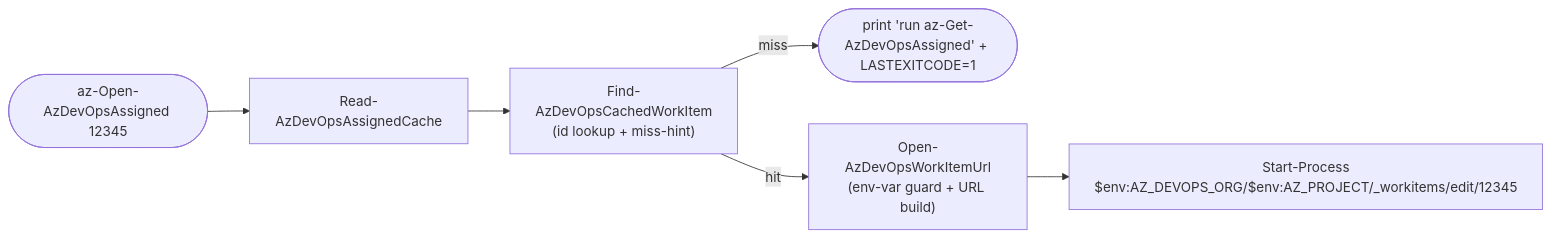
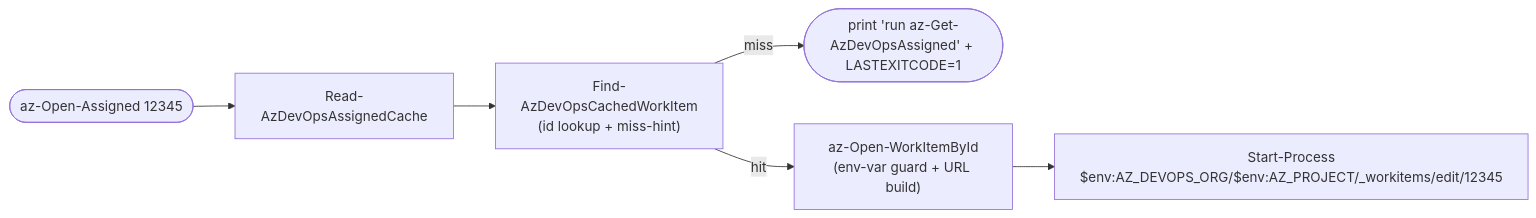
The sixth of 13 diagrams in docs/azure-devops-diagrams.md (jdschleicher/bashcuts), drawn with Mermaid before and after one commit. The commit also changed other lines of this file and 10 other files, not shown here.

First line of the commit message:
Drop "AzDevOps" infix from az-Open-* names and add public az-Open-WorkItemById

````diff
--- a/docs/azure-devops-diagrams.md
+++ b/docs/azure-devops-diagrams.md
@@ -330,8 +330,8 @@
 ```mermaid
 flowchart LR
-    A([az-Open-AzDevOpsAssigned 12345]) --> RC[Read-AzDevOpsAssignedCache]
+    A([az-Open-Assigned 12345]) --> RC[Read-AzDevOpsAssignedCache]
     RC --> Find["Find-AzDevOpsCachedWorkItem<br/>(id lookup + miss-hint)"]
     Find -- miss --> Hint([print 'run az-Get-AzDevOpsAssigned' + LASTEXITCODE=1])
-    Find -- hit --> Open["Open-AzDevOpsWorkItemUrl<br/>(env-var guard + URL build)"]
+    Find -- hit --> Open["az-Open-WorkItemById<br/>(env-var guard + URL build)"]
     Open --> SP["Start-Process<br/>$env:AZ_DEVOPS_ORG/$env:AZ_PROJECT/_workitems/edit/12345"]
 ```
````
